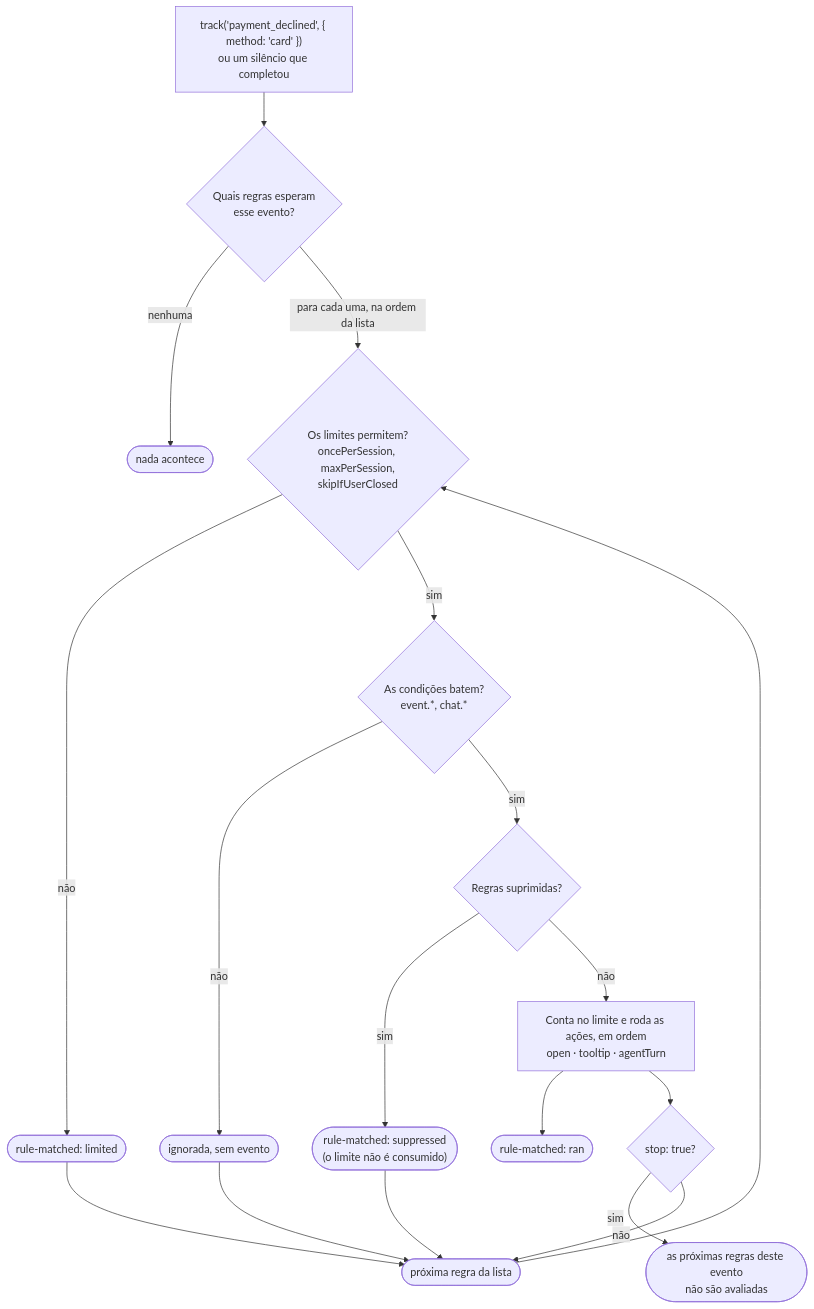
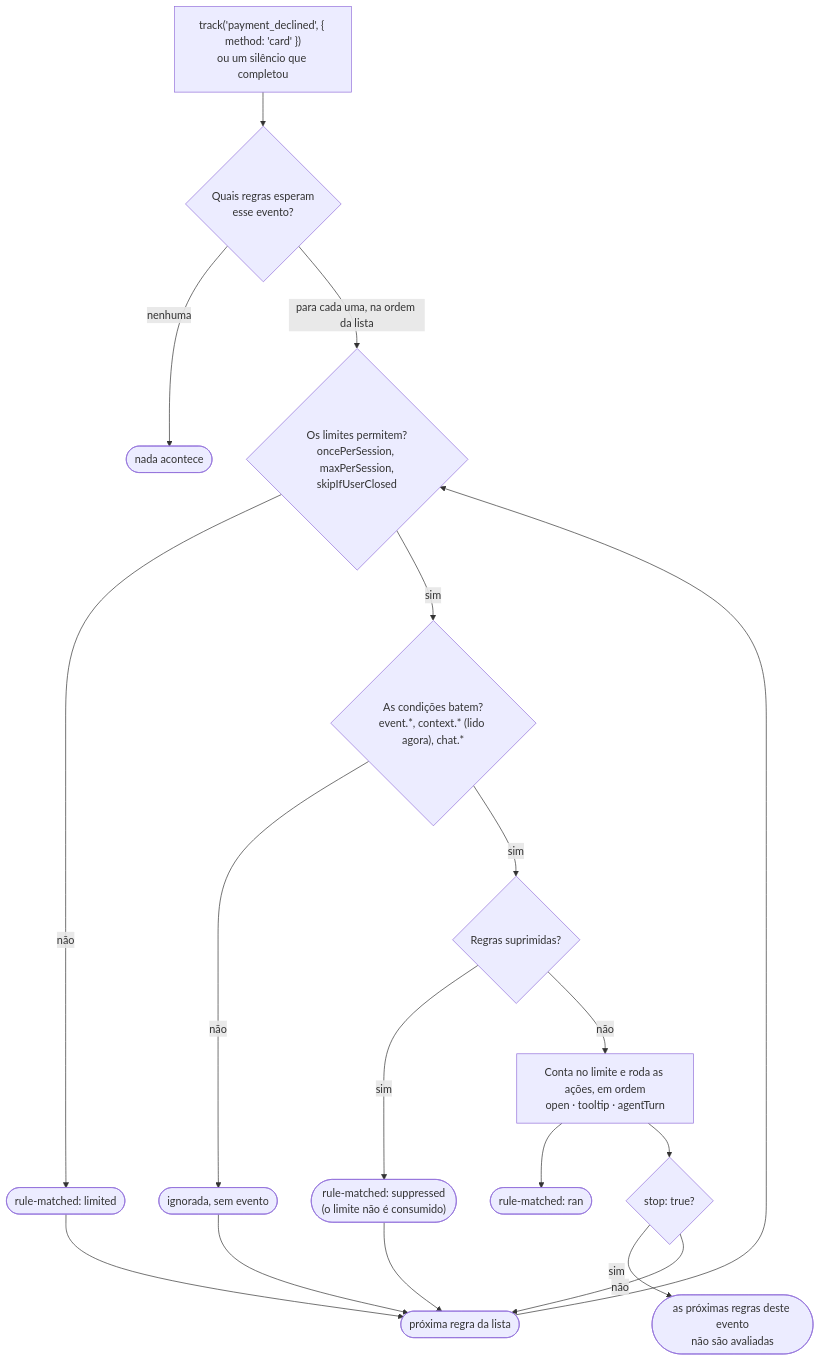
Before and after one commit to Izy-Tech/tutor-component-docs: the diagram in documentacao-regras.md, drawn with Mermaid. The commit also changed other lines of this file and 1 other file, not shown here.

````diff
--- a/documentacao-regras.md
+++ b/documentacao-regras.md
@@ -36,20 +36,20 @@
 ```mermaid
 flowchart TD
     E["track('payment_declined', { method: 'card' })<br/>ou um silêncio que completou"] --> R{"Quais regras esperam<br/>esse evento?"}
     R -- nenhuma --> N0(["nada acontece"])
     R -- "para cada uma, na ordem da lista" --> L{"Os limites permitem?<br/>oncePerSession, maxPerSession,<br/>skipIfUserClosed"}
     L -- não --> X1(["rule-matched: limited"])
-    L -- sim --> C{"As condições batem?<br/>event.*, chat.*"}
+    L -- sim --> C{"As condições batem?<br/>event.*, context.* (lido agora), chat.*"}
     C -- não --> X2(["ignorada, sem evento"])
     C -- sim --> S{"Regras suprimidas?"}
     S -- sim --> X3(["rule-matched: suppressed<br/>(o limite não é consumido)"])
     S -- não --> A["Conta no limite e roda as ações, em ordem<br/>open · tooltip · agentTurn"]
     A --> OK(["rule-matched: ran"])
     A --> T{"stop: true?"}
     T -- sim --> FIM(["as próximas regras deste evento<br/>não são avaliadas"])
     T -- não --> NX
     X1 --> NX
     X2 --> NX
     X3 --> NX
     NX(["próxima regra da lista"]) --> L
 ```
````
